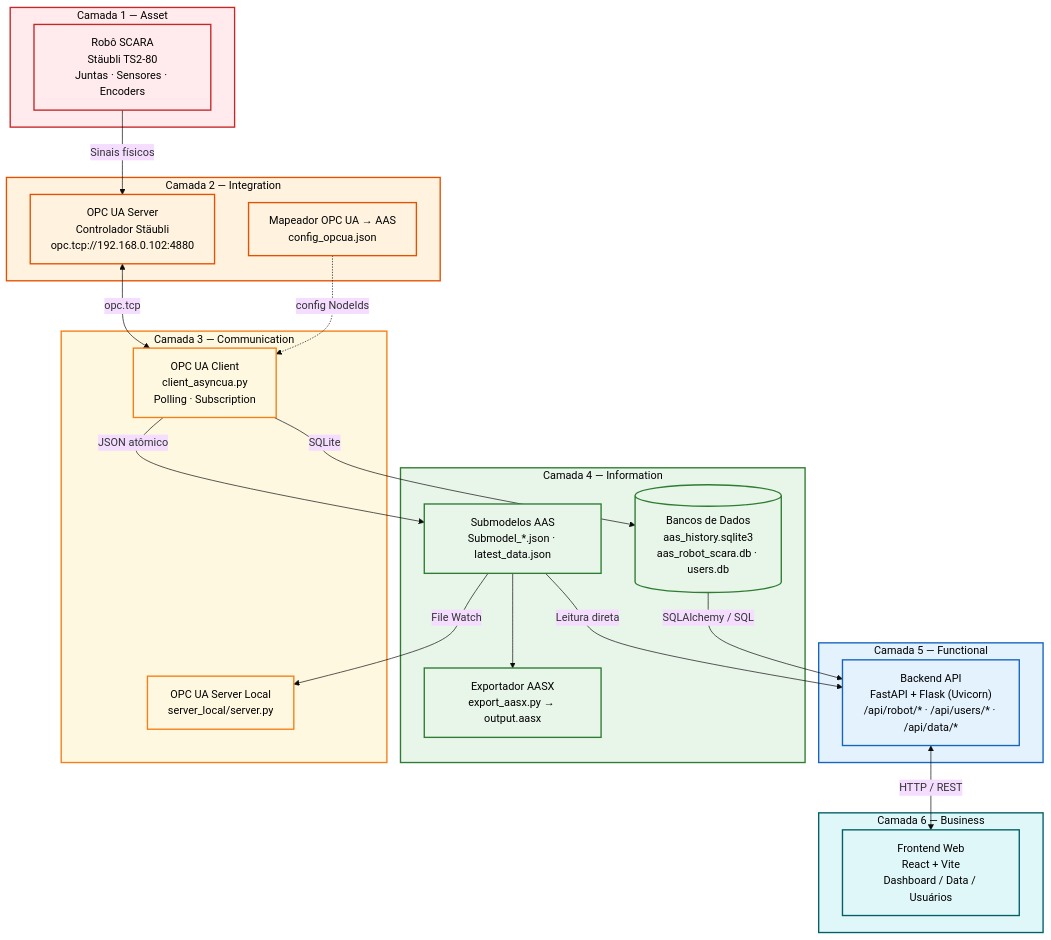
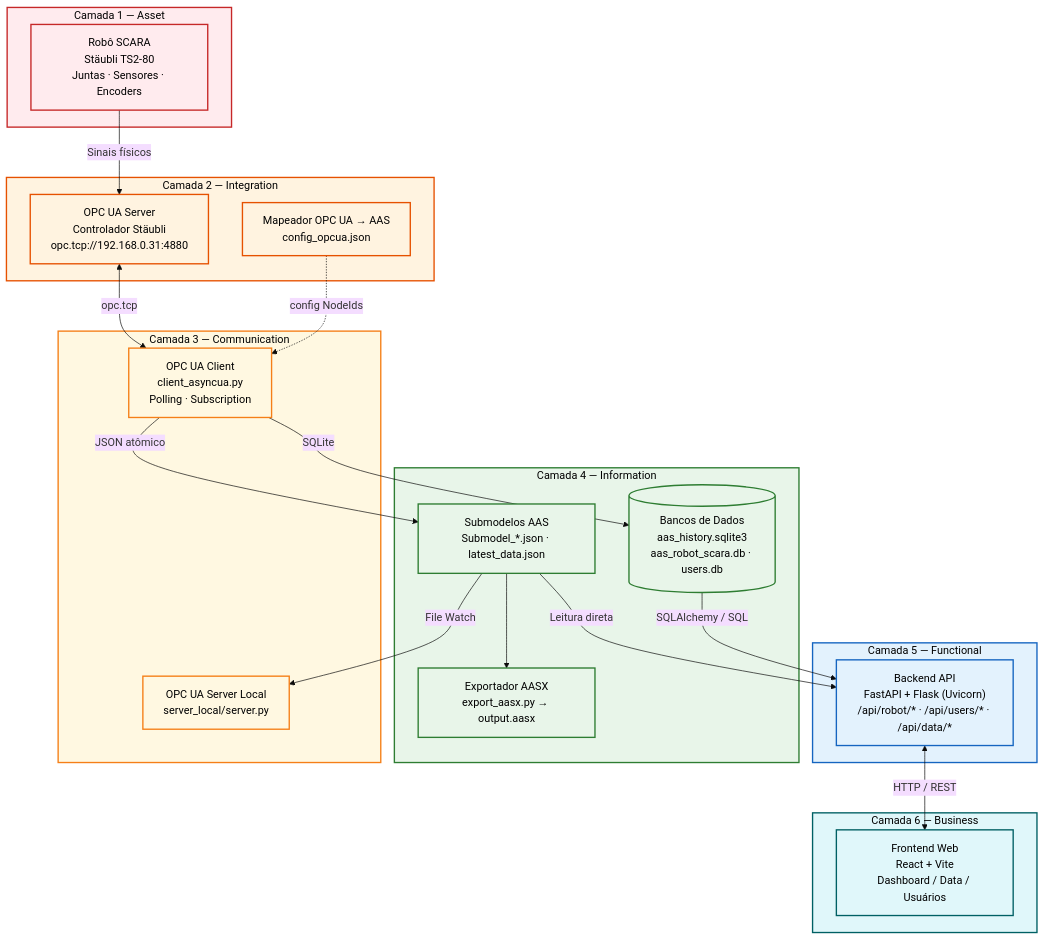
The first of 9 diagrams in docs/SYSTEM_FLOW.md (weid12/aas-robo-scara), drawn with Mermaid (base theme) before and after one commit. The commit also changed other lines of this file and 23 other files, not shown here.

````diff
--- a/docs/SYSTEM_FLOW.md
+++ b/docs/SYSTEM_FLOW.md
@@ -9,60 +9,60 @@
 ```mermaid
 graph TD
     classDef business    fill:#e0f7fa,stroke:#006064,stroke-width:2px,color:#000
     classDef functional  fill:#e3f2fd,stroke:#1565c0,stroke-width:2px,color:#000
     classDef information fill:#e8f5e9,stroke:#2e7d32,stroke-width:2px,color:#000
     classDef commun      fill:#fff8e1,stroke:#f57f17,stroke-width:2px,color:#000
     classDef integration fill:#fff3e0,stroke:#e65100,stroke-width:2px,color:#000
     classDef asset       fill:#ffebee,stroke:#c62828,stroke-width:2px,color:#000
 
     subgraph L6["Camada 6 — Business"]
         FRONTEND["Frontend Web<br/>React + Vite<br/>Dashboard / Data / Usuários"]
     end
 
     subgraph L5["Camada 5 — Functional"]
         BACKEND["Backend API<br/>FastAPI + Flask (Uvicorn)<br/>/api/robot/* · /api/users/* · /api/data/*"]
     end
 
     subgraph L4["Camada 4 — Information"]
         AAS["Submodelos AAS<br/>Submodel_*.json · latest_data.json"]
         DBS[("Bancos de Dados<br/>aas_history.sqlite3<br/>aas_robot_scara.db · users.db")]
         AASX["Exportador AASX<br/>export_aasx.py → output.aasx"]
     end
 
     subgraph L3["Camada 3 — Communication"]
         OPC_CLIENT["OPC UA Client<br/>client_asyncua.py<br/>Polling · Subscription"]
         OPC_MIRROR["OPC UA Server Local<br/>server_local/server.py"]
     end
 
     subgraph L2["Camada 2 — Integration"]
-        PLC["OPC UA Server<br/>Controlador Stäubli<br/>opc.tcp://192.168.0.102:4880"]
+        PLC["OPC UA Server<br/>Controlador Stäubli<br/>opc.tcp://192.168.0.31:4880"]
         MAPPER["Mapeador OPC UA → AAS<br/>config_opcua.json"]
     end
 
     subgraph L1["Camada 1 — Asset"]
         ROBOT["Robô SCARA<br/>Stäubli TS2-80<br/>Juntas · Sensores · Encoders"]
     end
 
     %% Fluxo de dados (bottom-up)
     ROBOT   -->|"Sinais físicos"| PLC
     PLC     <-->|"opc.tcp"| OPC_CLIENT
     MAPPER  -.->|"config NodeIds"| OPC_CLIENT
 
     OPC_CLIENT -->|"JSON atômico"| AAS
     OPC_CLIENT -->|"SQLite"| DBS
     AAS        -->|"File Watch"| OPC_MIRROR
     AAS        --> AASX
 
     AAS  -->|"Leitura direta"| BACKEND
     DBS  -->|"SQLAlchemy / SQL"| BACKEND
 
     BACKEND <-->|"HTTP / REST"| FRONTEND
 
     %% Classes
     class L6,FRONTEND business
     class L5,BACKEND functional
     class L4,AAS,DBS,AASX information
     class L3,OPC_CLIENT,OPC_MIRROR commun
     class L2,PLC,MAPPER integration
     class L1,ROBOT asset
 ```
````
